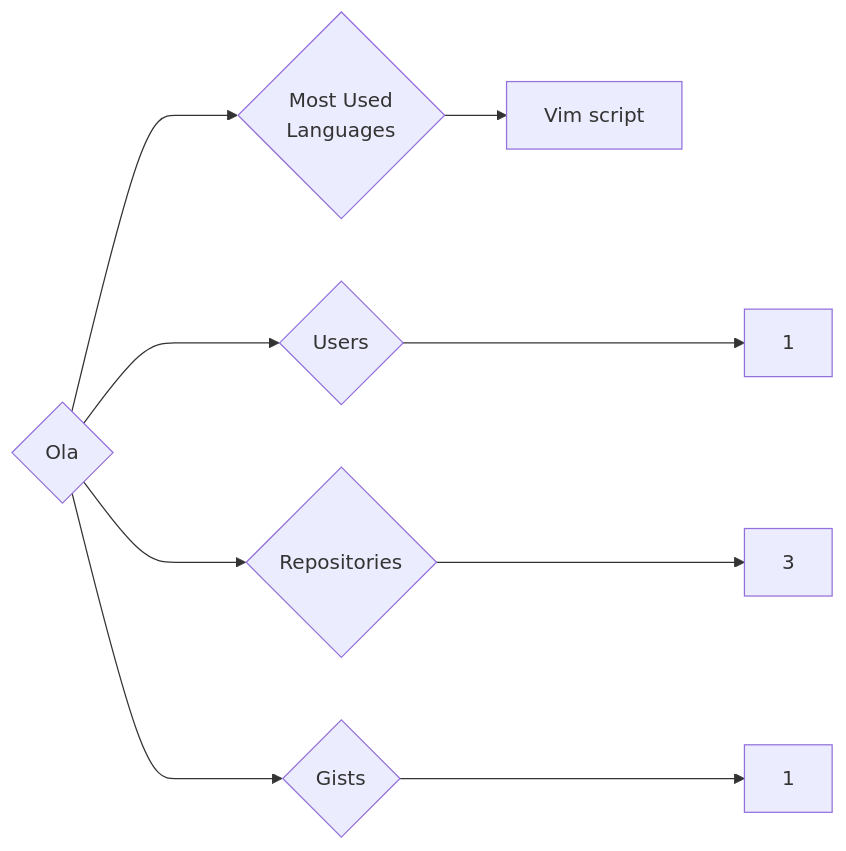
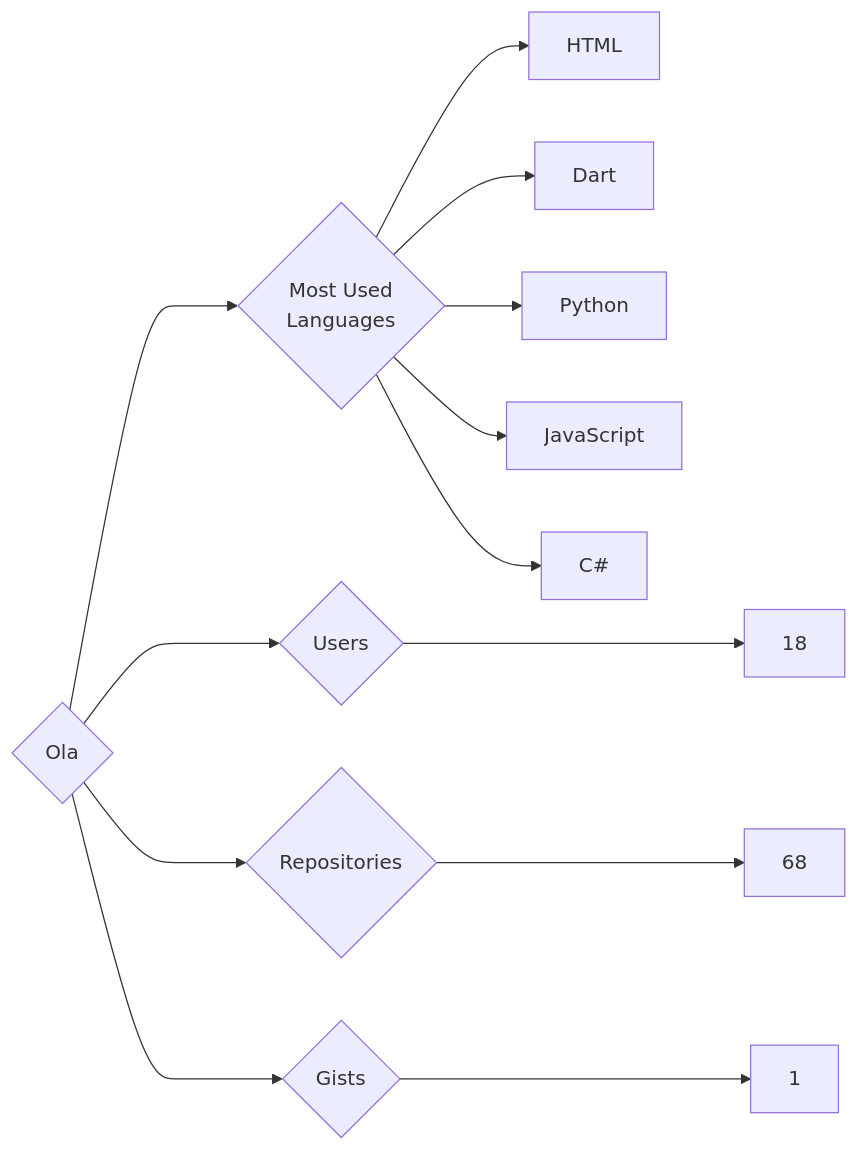
The diagram in targets/Ola/README.md (trickest/insiders), drawn with Mermaid before and after one commit. The commit also changed 725 other files, not shown here.

````diff
--- a/targets/Ola/README.md
+++ b/targets/Ola/README.md
@@ -3,9 +3,13 @@
 ```mermaid
 graph LR
 COMPANY_NAME{Ola}
-COMPANY_NAME ---> U{Users} ---> UN[1]
-COMPANY_NAME ---> R{Repositories} ---> RN[3]
+COMPANY_NAME ---> U{Users} ---> UN[18]
+COMPANY_NAME ---> R{Repositories} ---> RN[68]
 COMPANY_NAME ---> G{Gists} ---> GN[1]
 COMPANY_NAME ---> ML{Most Used<br>Languages}
-ML --> Vim_script[Vim script]
+ML --> HTML[HTML]
+ML --> Dart[Dart]
+ML --> Python[Python]
+ML --> JavaScript[JavaScript]
+ML --> C#[C#]
 ```
````
